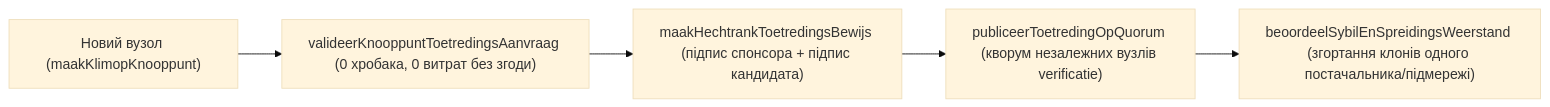
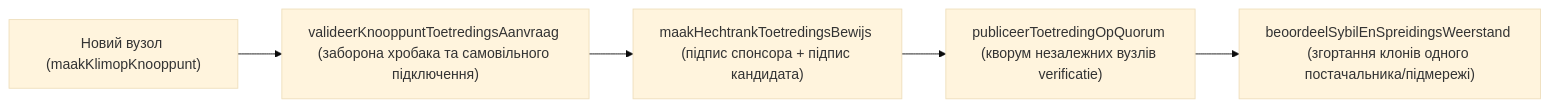
Before and after one commit to Tarasevych/hub: the diagram in docs/hub/ПЛЮЩ-ЕТАП-10-КЕРОВАНЕ-РОЗШИРЕННЯ-ТА-ОБМІН-РЕСУРСАМИ.md, drawn with Mermaid (base theme). The commit also changed other lines of this file and 23 other files, not shown here.

````diff
--- a/docs/hub/ПЛЮЩ-ЕТАП-10-КЕРОВАНЕ-РОЗШИРЕННЯ-ТА-ОБМІН-РЕСУРСАМИ.md
+++ b/docs/hub/ПЛЮЩ-ЕТАП-10-КЕРОВАНЕ-РОЗШИРЕННЯ-ТА-ОБМІН-РЕСУРСАМИ.md
@@ -19,7 +19,7 @@
 ```mermaid
 flowchart LR
-  A["Новий вузол (maakKlimopKnooppunt)"] --> V["valideerKnooppuntToetredingsAanvraag (0 хробака, 0 витрат без згоди)"]
+  A["Новий вузол (maakKlimopKnooppunt)"] --> V["valideerKnooppuntToetredingsAanvraag (заборона хробака та самовільного підключення)"]
   V --> B["maakHechtrankToetredingsBewijs (підпис спонсора + підпис кандидата)"]
   B --> Q["publiceerToetredingOpQuorum (кворум незалежних вузлів verificatie)"]
   Q --> S["beoordeelSybilEnSpreidingsWeerstand (згортання клонів одного постачальника/підмережі)"]
 ```
````
